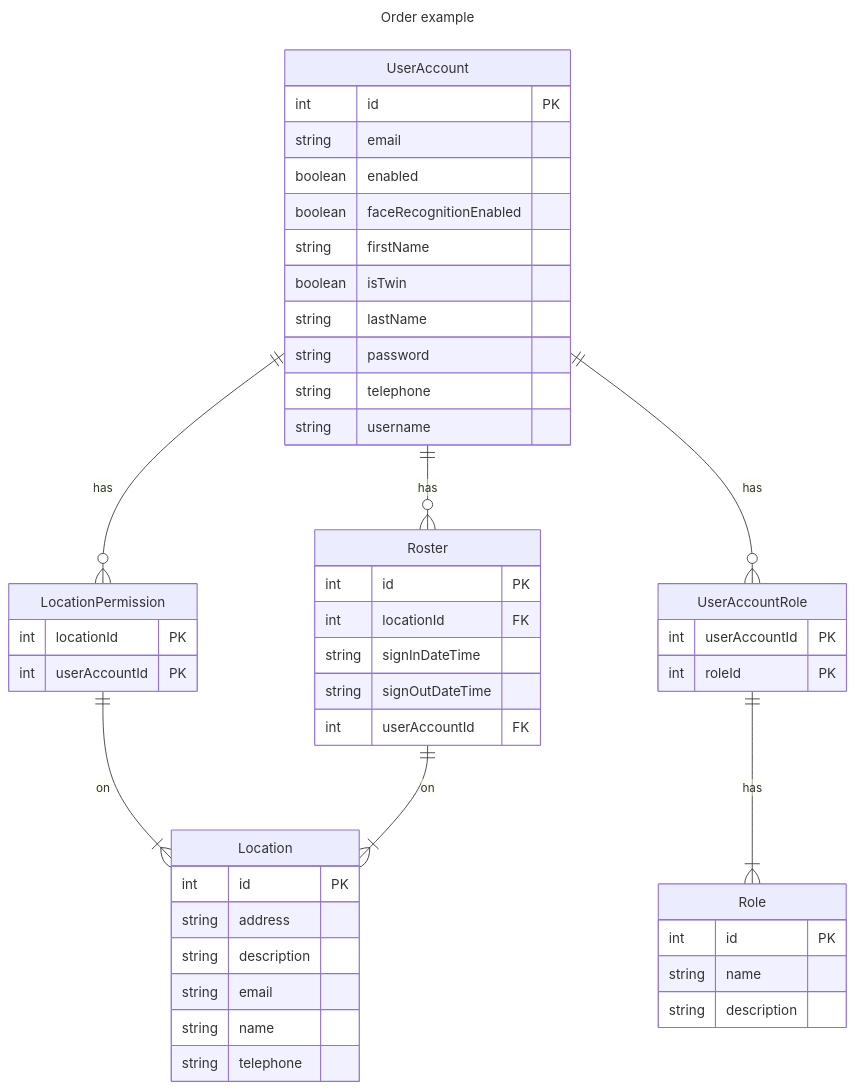
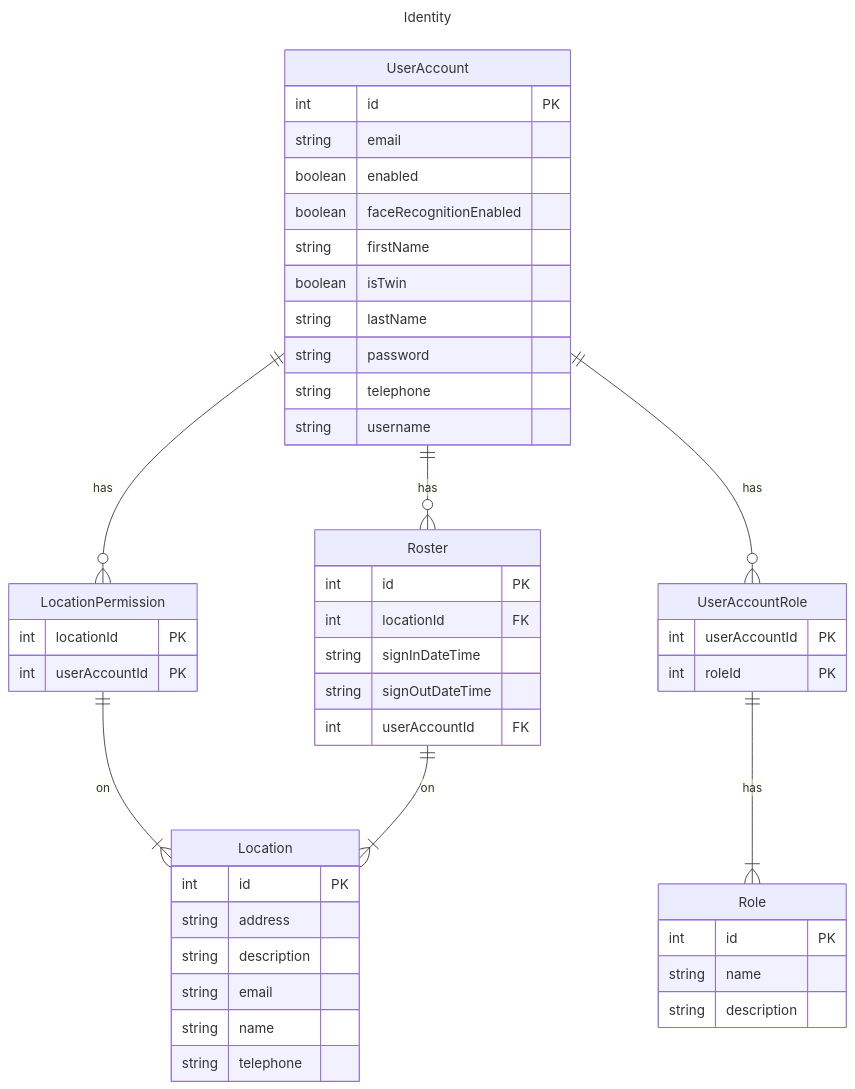
The diagram in docs/er-digram.mmd (Zsolt821201/iDentity-ml-fyp-py), drawn with Mermaid before and after one commit. The commit also changed 4 other files, not shown here.

```diff
--- a/docs/er-digram.mmd
+++ b/docs/er-digram.mmd
@@ -1,51 +1,51 @@
 ---
-title: Order example
+title: Identity
 ---
 erDiagram
     LocationPermission ||--|{ Location : on
     Roster ||--|{ Location : on
     UserAccount ||--o{ LocationPermission : has
     UserAccount ||--o{ Roster : has
     UserAccount ||--o{ UserAccountRole : has
     UserAccountRole ||--|{ Role : has
 
     Location {
         int id PK
         string address
         string description
         string email
         string name
         string telephone
     }
     LocationPermission {
         int locationId PK
         int userAccountId PK
     }
     Roster {
         int id PK
         int locationId FK
         string signInDateTime
         string signOutDateTime
         int userAccountId FK
     }
     Role {
         int id PK
         string name
         string description
     }
     UserAccount {
         int id PK
         string email
         boolean enabled
         boolean faceRecognitionEnabled
         string firstName
         boolean isTwin
         string lastName
         string password
         string telephone
         string username
     }
     UserAccountRole {
         int userAccountId PK
         int roleId PK
     }
```
